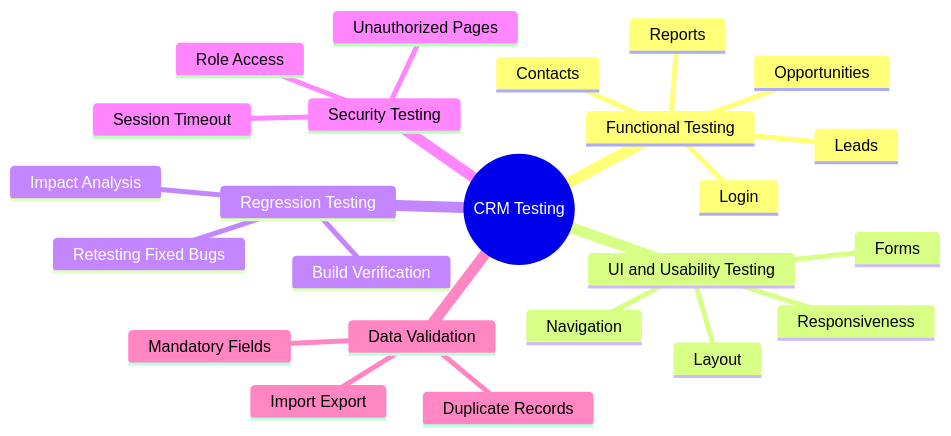
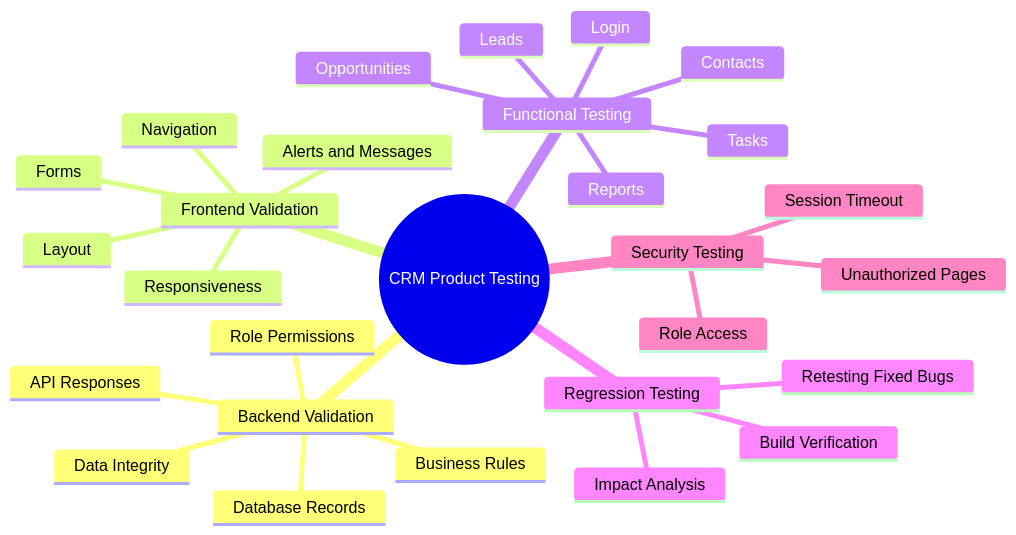
The first of 2 diagrams in README.md (shashicool/CRM-Product-Testing), drawn with Mermaid before and after one commit. The commit also changed other lines of this file, not shown here.

````diff
--- a/README.md
+++ b/README.md
@@ -77,27 +120,31 @@
 ```mermaid
 mindmap
-  root((CRM Testing))
+  root((CRM Product Testing))
+    Backend Validation
+      API Responses
+      Database Records
+      Business Rules
+      Role Permissions
+      Data Integrity
+    Frontend Validation
+      Layout
+      Forms
+      Navigation
+      Responsiveness
+      Alerts and Messages
     Functional Testing
       Login
       Leads
       Contacts
       Opportunities
+      Tasks
       Reports
-    UI and Usability Testing
-      Layout
-      Forms
-      Navigation
-      Responsiveness
     Regression Testing
       Retesting Fixed Bugs
       Build Verification
       Impact Analysis
     Security Testing
       Role Access
       Unauthorized Pages
       Session Timeout
-    Data Validation
-      Mandatory Fields
-      Duplicate Records
-      Import Export
 ```
````
